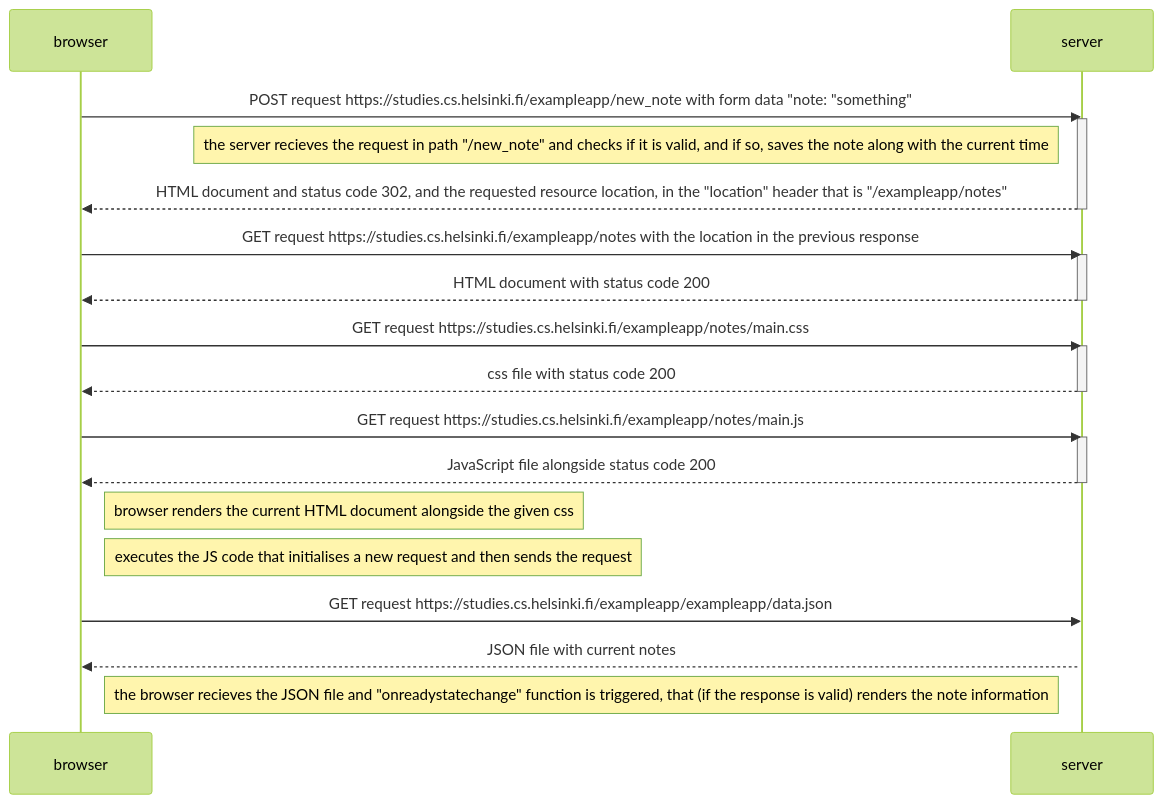
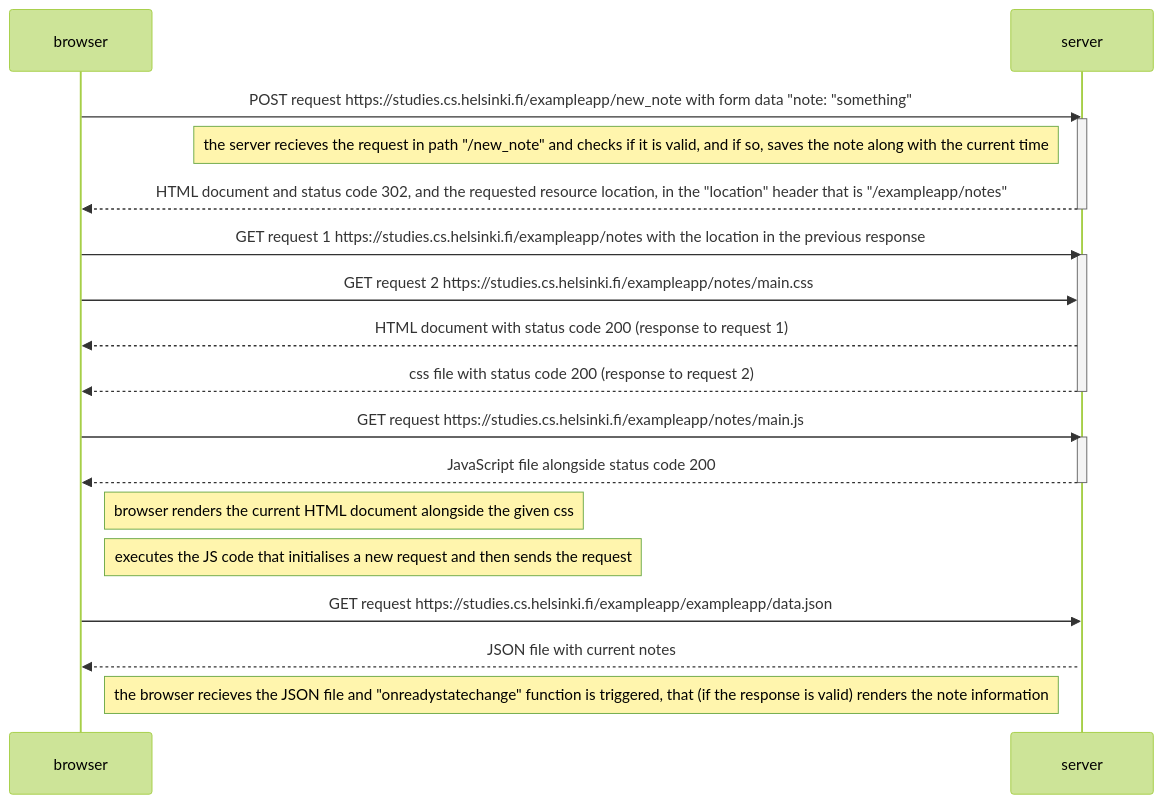
Before and after one commit to KrNor/fullstackopen: the diagram in part0/04.md, drawn with Mermaid (forest theme). The commit also changed other lines of this file, not shown here.

Commit message:
fixed timings for 04.md

````diff
--- a/part0/04.md
+++ b/part0/04.md
@@ -2,37 +3,34 @@
 ```mermaid
 sequenceDiagram
   participant browser
   participant server
 
-  
+
   browser->>server: POST request https://studies.cs.helsinki.fi/exampleapp/new_note with form data "note: "something"
   activate server
   Note left of server: the server recieves the request in path "/new_note" and checks if it is valid, and if so, saves the note along with the current time
   server-->>browser: HTML document and status code 302, and the requested resource location, in the "location" header that is "/exampleapp/notes"
   deactivate server
 
-  browser->>server: GET request https://studies.cs.helsinki.fi/exampleapp/notes with the location in the previous response
+  browser->>server: GET request 1 https://studies.cs.helsinki.fi/exampleapp/notes with the location in the previous response
   activate server
-  server-->>browser: HTML document with status code 200
-  deactivate server
-
-  browser->>server: GET request https://studies.cs.helsinki.fi/exampleapp/notes/main.css
-  activate server
-  server-->>browser: css file with status code 200
+  browser->>server: GET request 2 https://studies.cs.helsinki.fi/exampleapp/notes/main.css
+  server-->>browser: HTML document with status code 200 (response to request 1)
+  server-->>browser: css file with status code 200 (response to request 2)
   deactivate server
 
   browser->>server: GET request https://studies.cs.helsinki.fi/exampleapp/notes/main.js
   activate server
   server-->>browser: JavaScript file alongside status code 200
   deactivate server
 
   Note right of browser: browser renders the current HTML document alongside the given css
-  Note right of browser: executes the JS code that initialises a new request and then sends the request 
+  Note right of browser: executes the JS code that initialises a new request and then sends the request
 
   browser->>server: GET request https://studies.cs.helsinki.fi/exampleapp/exampleapp/data.json
   activate server
   server-->>browser: JSON file with current notes
   activate server
 
   Note right of browser: the browser recieves the JSON file and "onreadystatechange" function is triggered, that (if the response is valid) renders the note information
 ```
````
